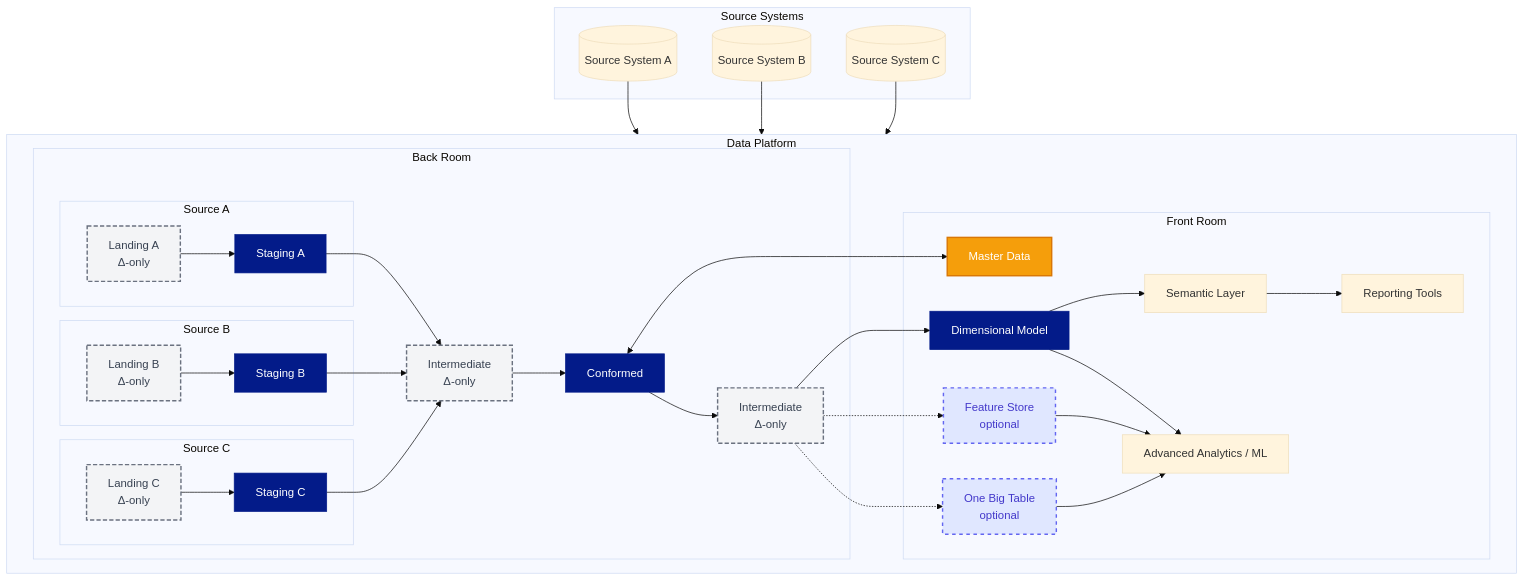
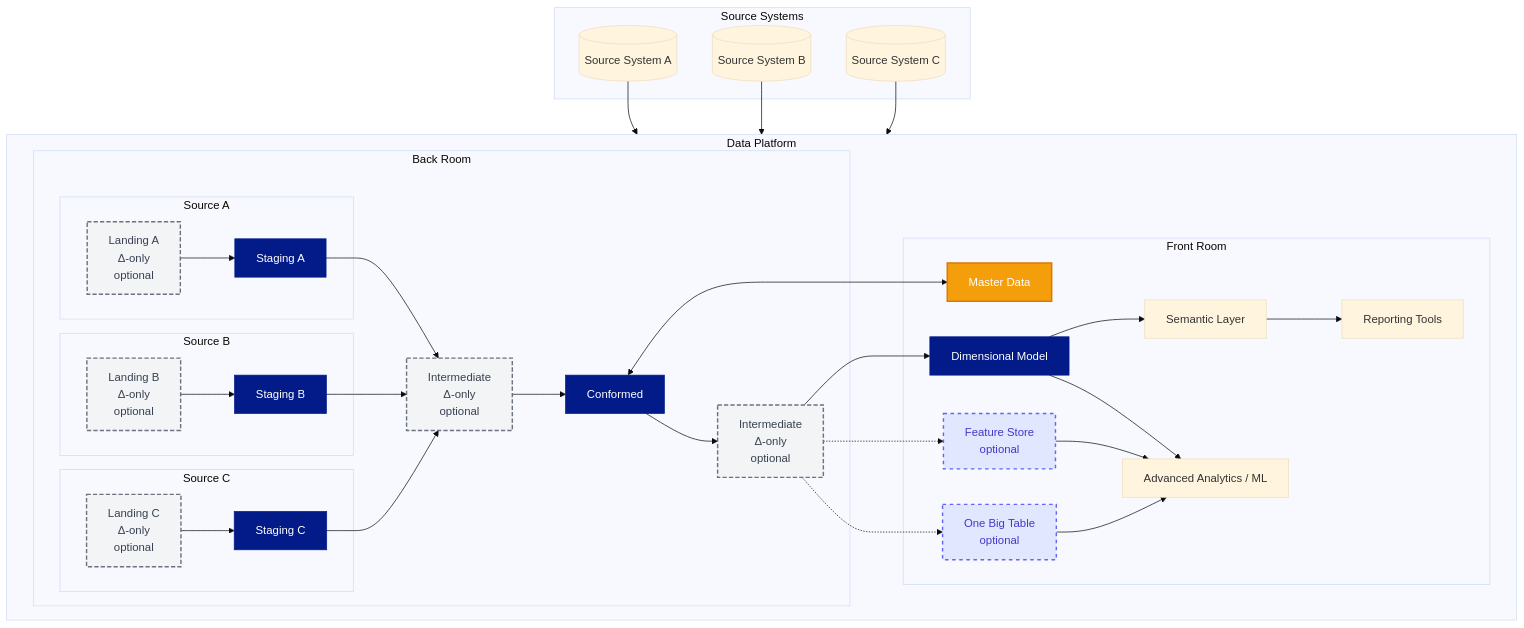
Before and after one commit to PlainsightPro/Vision-Playbook: the first of 3 diagrams in Technical Guideline Ops/Architectural Principles/Data Layers and Modeling.md, drawn with Mermaid (base theme). The commit also changed other lines of this file and 6 other files, not shown here.

````diff
--- a/Technical Guideline Ops/Architectural Principles/Data Layers and Modeling.md
+++ b/Technical Guideline Ops/Architectural Principles/Data Layers and Modeling.md
@@ -6,73 +6,73 @@
 ```mermaid
 %%{init: { "flowchart": { "useMaxWidth": true } } }%%
 graph TD
     %% Expanded DW/BI platform
     subgraph Source Systems
         A1[(Source System A)]
         A2[(Source System B)]
         A3[(Source System C)]
     end
 
     subgraph Data Platform 
 	    direction LR
         subgraph Back Room
             subgraph Source A
-                L1[Landing A<br/>Δ-only]:::delta
+                L1[Landing A<br/>Δ-only<br>optional]:::delta
                 B1[Staging A]:::all
             end
             subgraph Source B
-                L2[Landing B<br/>Δ-only]:::delta
+                L2[Landing B<br/>Δ-only<br>optional]:::delta
                 B2[Staging B]:::all
             end
             subgraph Source C
-                L3[Landing C<br/>Δ-only]:::delta
+                L3[Landing C<br/>Δ-only<br>optional]:::delta
                 B3[Staging C]:::all
             end
-            M[Intermediate<br/>Δ-only]:::delta
+            M[Intermediate<br/>Δ-only<br>optional]:::delta
             C[Conformed]:::all
-            O[Intermediate<br/>Δ-only]:::delta
+            O[Intermediate<br/>Δ-only<br>optional]:::delta
         end
 
         subgraph Front Room
             G[Master Data]:::masterdata
             FS[Feature Store<br/>optional]:::optional
             OBT[One Big Table<br/>optional]:::optional
             D[Dimensional Model]:::all
             S[Semantic Layer]
             E[Reporting Tools]
             X[Advanced Analytics / ML]
         end
     end
 
 %% Flows
 A1 --> L1
 L1 --> B1
 A2 --> L2
 L2 --> B2
 A3 --> L3
 L3 --> B3
 
 B1 --> M
 B2 --> M
 B3 --> M
 M --> C
 C --> O
 O --> D
 O -.-> FS
 O -.-> OBT
 D --> S
 S --> E
 D --> X
 FS --> X
 OBT --> X
 C <--> G
 
 
 %% Node styles
 classDef delta fill:#F3F4F6,stroke:#6B7280,stroke-width:2px,stroke-dasharray:6 3,color:#374151;
 classDef all fill:#031B89,stroke:#031B89,stroke-width:1px,color:#FFFFFF;
 classDef optional fill:#E0E7FF,stroke:#6366F1,stroke-width:2px,stroke-dasharray:5 5,color:#4338CA;
 classDef masterdata fill:#F59E0B,stroke:#D97706,stroke-width:2px,color:#FFFFFF;
 class A,C blueBox;
 
 ```
````
